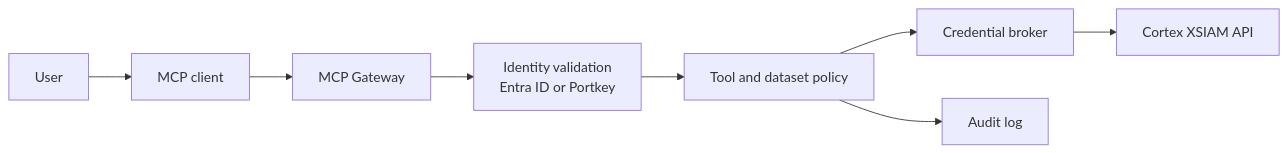
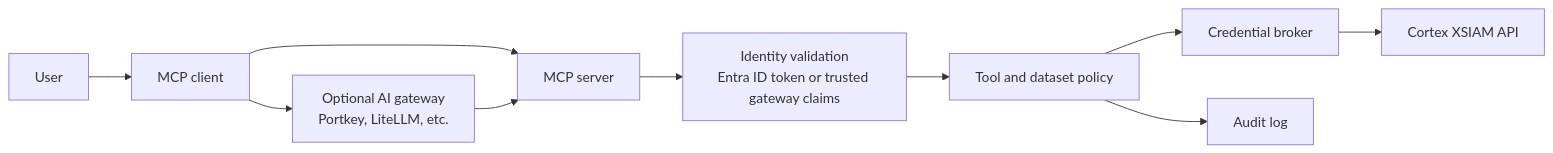
Before and after one commit to ciaran-finnegan/cortex-xsiam-mcp-gateway: the diagram in docs/ARCHITECTURE.md, drawn with Mermaid. The commit also changed other lines of this file and 6 other files, not shown here.

Commit message:
Clarify optional AI gateway deployments (#25)

````diff
--- a/docs/ARCHITECTURE.md
+++ b/docs/ARCHITECTURE.md
@@ -10,10 +15,12 @@
 ```mermaid
 flowchart LR
   User["User"] --> Client["MCP client"]
-  Client --> Gateway["MCP Gateway"]
-  Gateway --> Auth["Identity validation<br/>Entra ID or Portkey"]
+  Client --> OptionalGateway["Optional AI gateway<br/>Portkey, LiteLLM, etc."]
+  Client --> MCP["MCP server"]
+  OptionalGateway --> MCP
+  MCP --> Auth["Identity validation<br/>Entra ID token or trusted gateway claims"]
   Auth --> Policy["Tool and dataset policy"]
   Policy --> Broker["Credential broker"]
   Broker --> XSIAM["Cortex XSIAM API"]
   Policy --> Audit["Audit log"]
 ```
````
